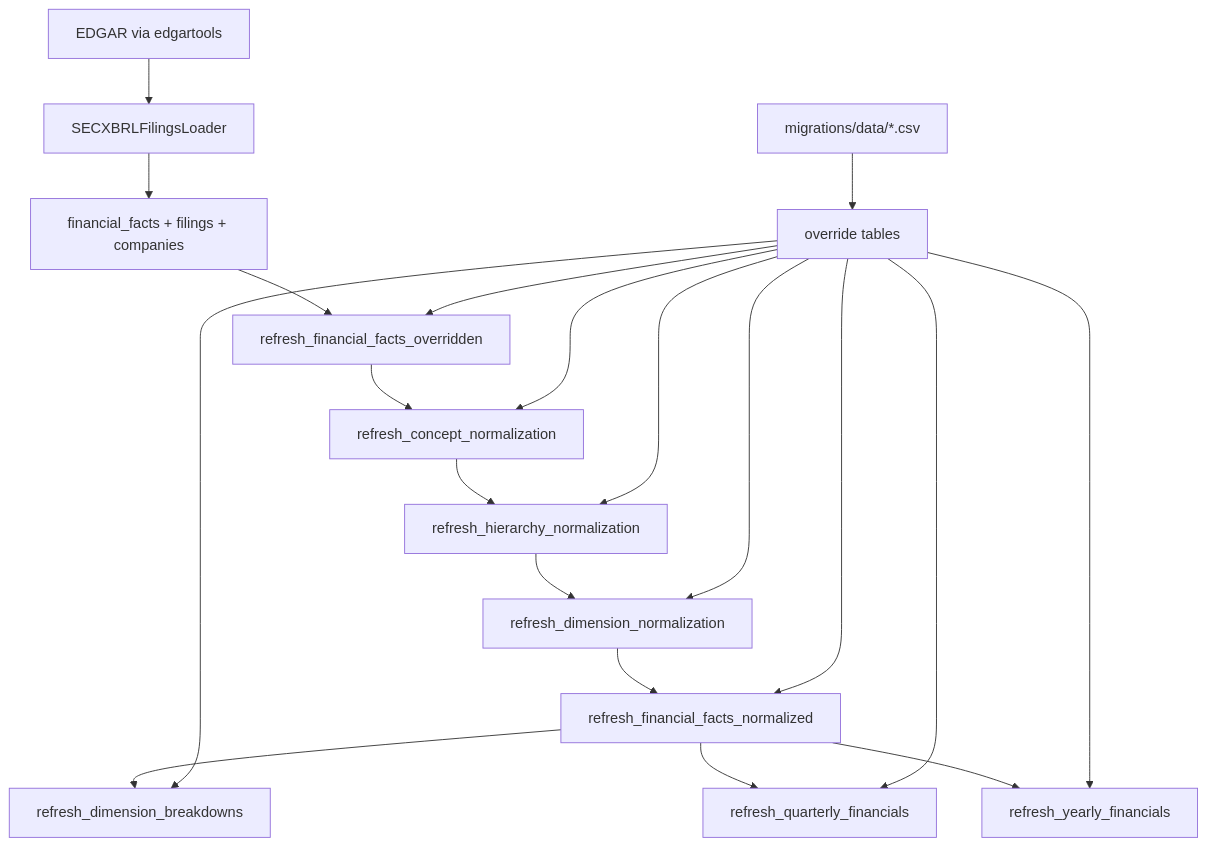
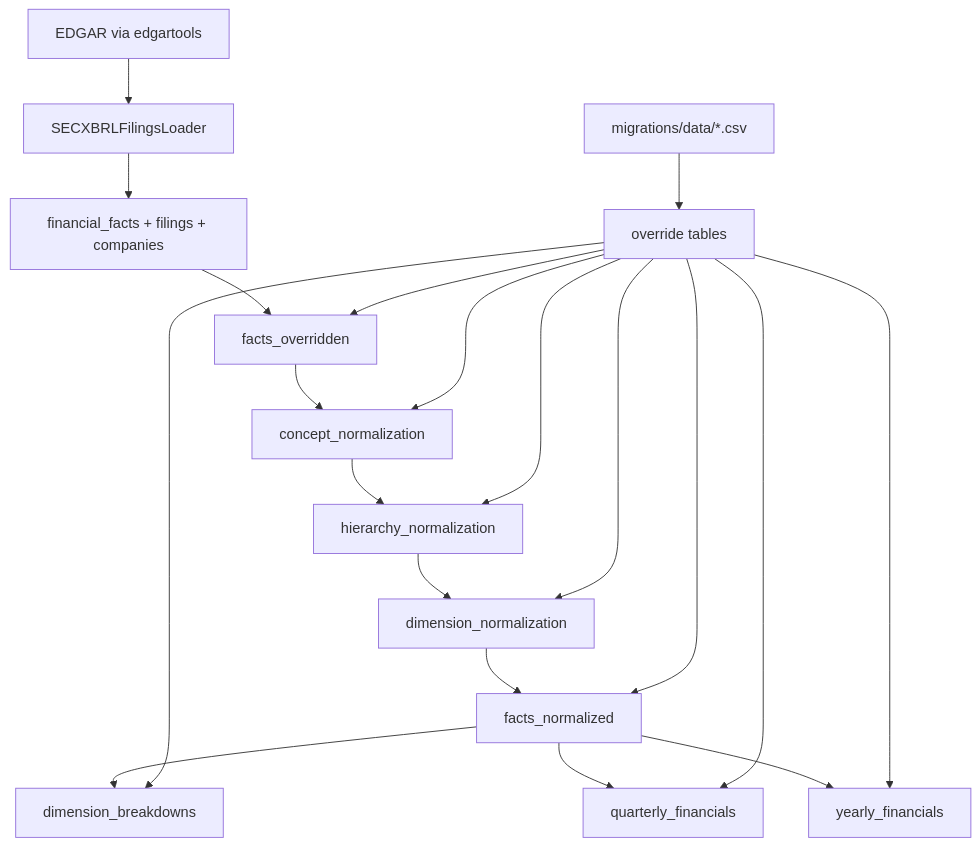
Before and after one commit to Velikolay/stonks-ai: the diagram in AGENTS.md, drawn with Mermaid. The commit also changed other lines of this file and 5 other files, not shown here.

````diff
--- a/AGENTS.md
+++ b/AGENTS.md
@@ -12,22 +12,22 @@
 ```mermaid
 flowchart TD
     edgar[EDGAR via edgartools] --> loader[SECXBRLFilingsLoader]
     loader --> raw["financial_facts + filings + companies"]
-    raw --> p1[refresh_financial_facts_overridden]
-    p1 --> p2[refresh_concept_normalization]
-    p2 --> p3[refresh_hierarchy_normalization]
-    p3 --> p4[refresh_dimension_normalization]
-    p4 --> p5[refresh_financial_facts_normalized]
-    p5 --> p5b[refresh_dimension_breakdowns]
-    p5 --> p6[refresh_quarterly_financials]
-    p5 --> p7[refresh_yearly_financials]
+    raw --> p1[facts_overridden]
+    p1 --> p2[concept_normalization]
+    p2 --> p3[hierarchy_normalization]
+    p3 --> p4[dimension_normalization]
+    p4 --> p5[facts_normalized]
+    p5 --> p5b[dimension_breakdowns]
+    p5 --> p6[quarterly_financials]
+    p5 --> p7[yearly_financials]
     csv["migrations/data/*.csv"] --> overrides[override tables]
     overrides --> p1
     overrides --> p2
     overrides --> p3
     overrides --> p4
     overrides --> p5
     overrides --> p5b
     overrides --> p6
     overrides --> p7
 ```
````
